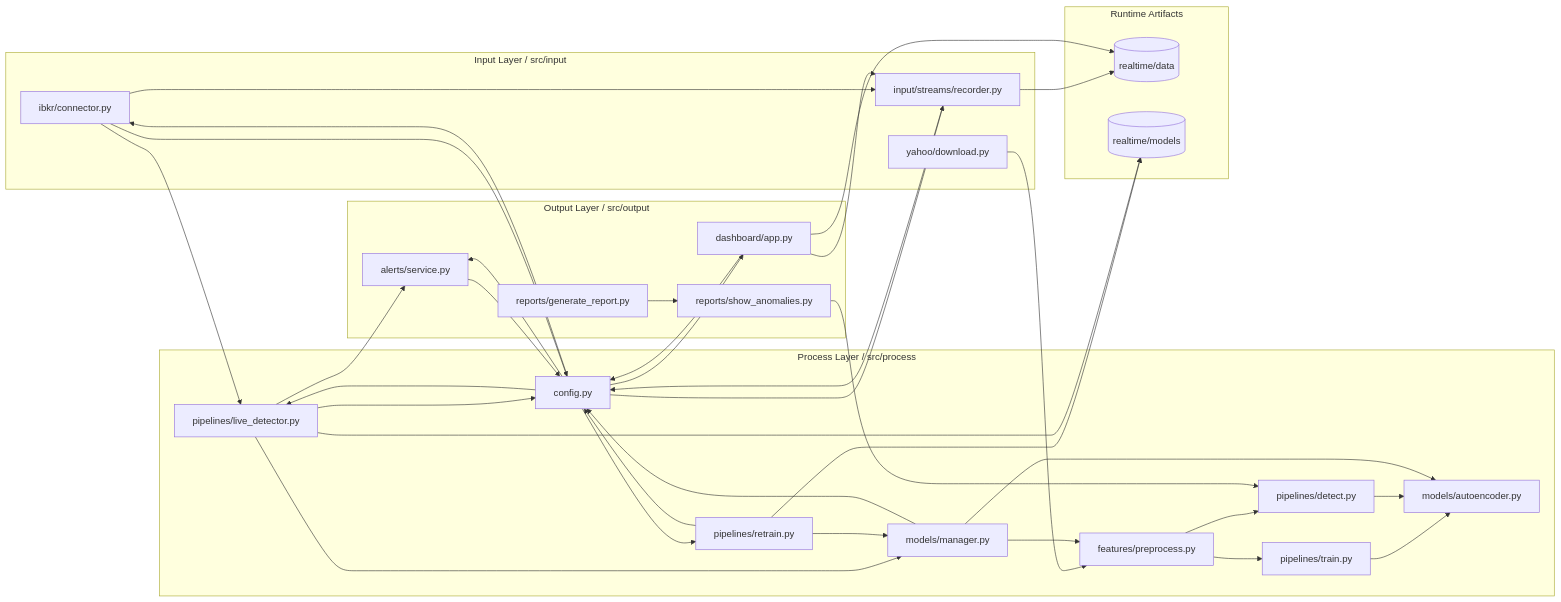
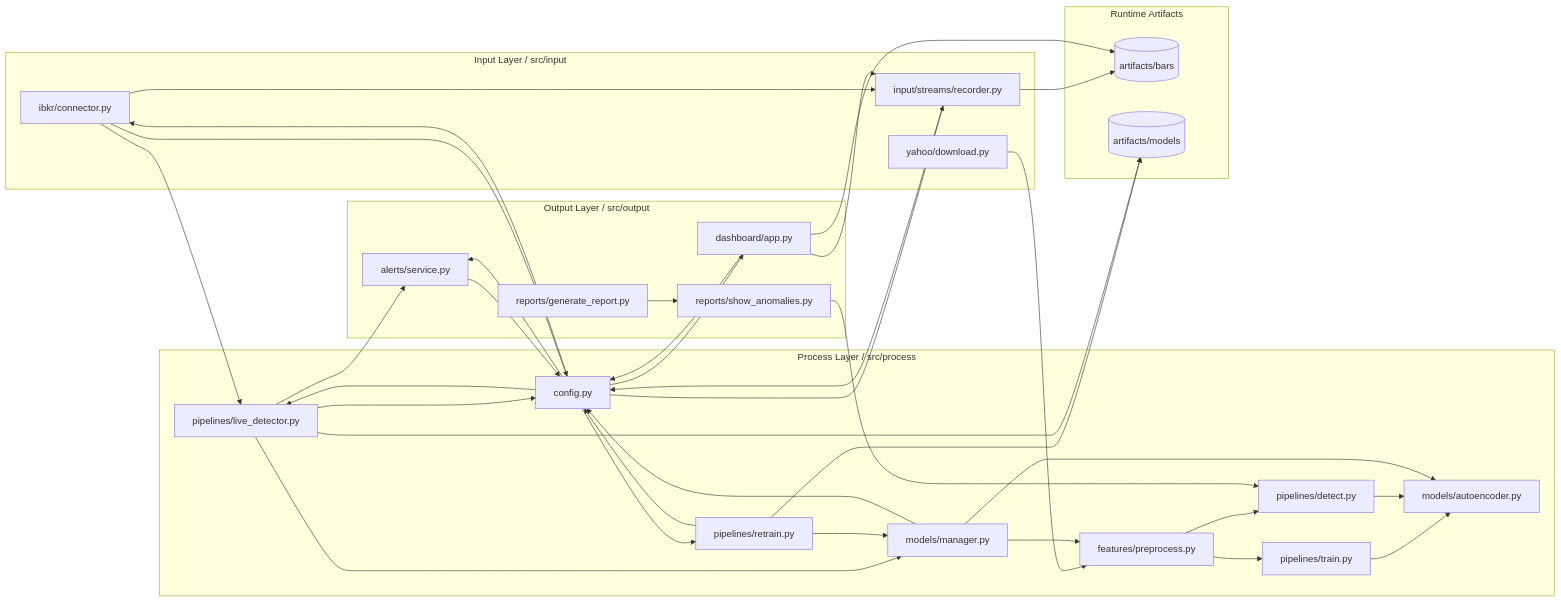
Before and after one commit to ran-shallom/market-anomaly-detector: the fifth of 5 diagrams in docs/design.md, drawn with Mermaid. The commit also changed other lines of this file and 11 other files, not shown here.

First line of the commit message:
Move runtime artifacts to artifacts/ and standardize data paths

````diff
--- a/docs/design.md
+++ b/docs/design.md
@@ -493,65 +493,65 @@
 ```mermaid
 graph LR
     subgraph input [Input Layer / src/input]
         YDL[yahoo/download.py]
         IBC[ibkr/connector.py]
         REC[input/streams/recorder.py]
     end
 
     subgraph process [Process Layer / src/process]
         CFG[config.py]
         PREP[features/preprocess.py]
         MODEL[models/autoencoder.py]
         TRAIN[pipelines/train.py]
         DETECT[pipelines/detect.py]
         LIVE[pipelines/live_detector.py]
         RETRAIN[pipelines/retrain.py]
         MGR[models/manager.py]
     end
 
     subgraph output [Output Layer / src/output]
         ALERT[alerts/service.py]
         DASH[dashboard/app.py]
         SHOW[reports/show_anomalies.py]
         REPORT[reports/generate_report.py]
     end
 
     YDL --> PREP
     PREP --> TRAIN
     PREP --> DETECT
     TRAIN --> MODEL
     DETECT --> MODEL
     IBC --> LIVE
     IBC --> REC
     LIVE --> ALERT
     LIVE --> MGR
     RETRAIN --> MGR
     DASH --> REC
     SHOW --> DETECT
     REPORT --> SHOW
     CFG --> LIVE
     CFG --> RETRAIN
     CFG --> DASH
     CFG --> ALERT
     CFG --> REC
     CFG --> IBC
     MGR --> MODEL
     MGR --> PREP
     MGR --> CFG
     LIVE --> CFG
     RETRAIN --> CFG
     DASH --> CFG
     ALERT --> CFG
     REC --> CFG
     IBC --> CFG
 
     subgraph artifacts [Runtime Artifacts]
-        DATA[(realtime/data)]
-        MOD[(realtime/models)]
+        DATA[(artifacts/bars)]
+        MOD[(artifacts/models)]
     end
 
     REC --> DATA
     RETRAIN --> MOD
     LIVE --> MOD
     DASH --> DATA
 ```
````
